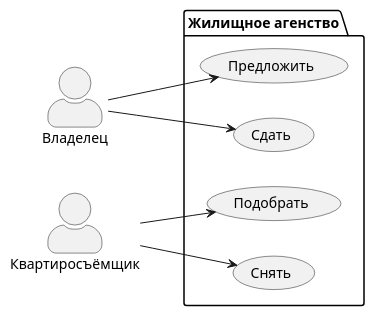
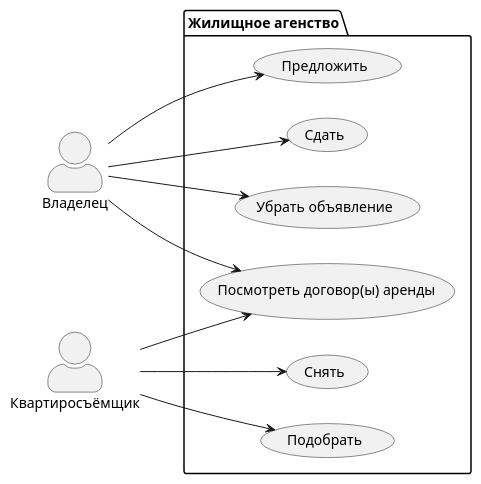
The diagram in lesnikov_8.plantuml (Krionik/TMP_PR_1), drawn with PlantUML before and after one commit.

Commit message:
Добавление новых usecase

```diff
--- a/lesnikov_8.plantuml
+++ b/lesnikov_8.plantuml
@@ -1,22 +1,28 @@
 @startuml lesnikov_8
 
 left to right direction
 
 skinparam actorStyle awesome
 actor "Владелец" as owner
 actor "Квартиросъёмщик" as tenant
 
 package "Жилищное агенство"{
-    usecase "Предложить" as UC1
-    usecase "Сдать" as UC2
+    usecase "Предложить" as offer
+    usecase "Сдать" as lease
+    usecase "Убрать объявление" as remove
 
-    usecase "Подобрать" as UC3
-    usecase "Снять" as UC4
+    usecase "Подобрать" as find
+    usecase "Снять" as rent
+
+    usecase "Посмотреть договор(ы) аренды" as show
 }
 
-owner --> UC1
-owner --> UC2
-tenant --> UC3
-tenant --> UC4
+owner --> offer
+owner --> lease
+owner --> remove
+tenant --> find
+tenant --> rent
+owner --> show
+tenant --> show
 
 @enduml
```
